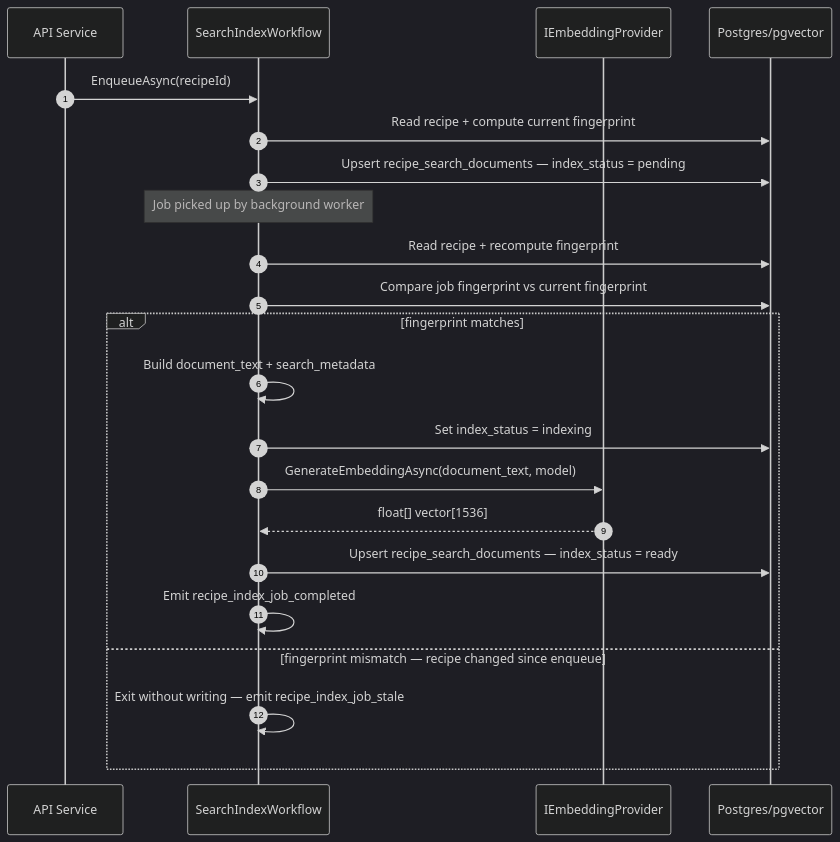
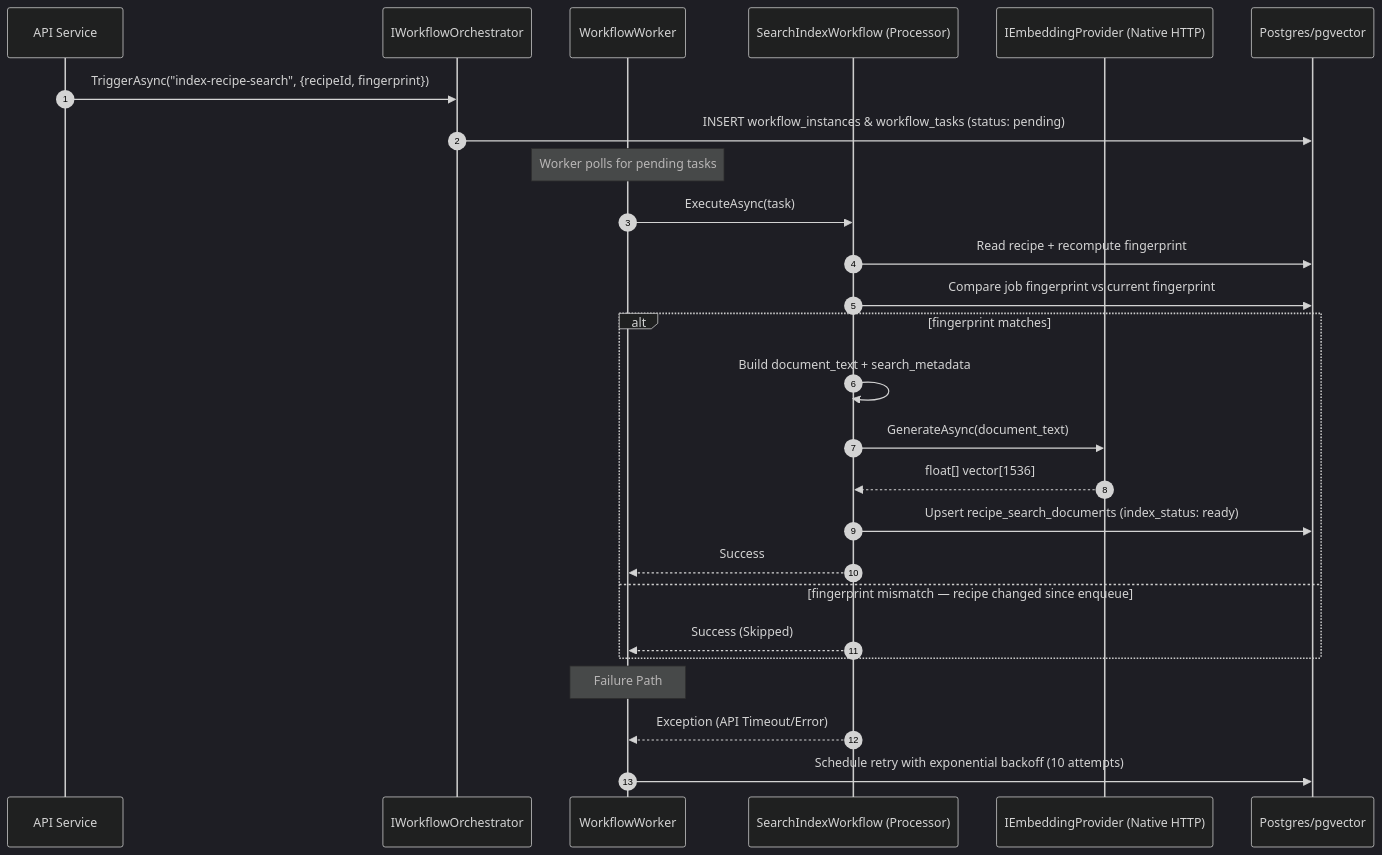
The third of 8 diagrams in docs/flows/data-flows/recipe-search-index-and-recovery.md (AlexandreBrisebois/whats-for-supper), drawn with Mermaid (dark theme) before and after one commit. The commit also changed other lines of this file and 16 other files, not shown here.

````diff
--- a/docs/flows/data-flows/recipe-search-index-and-recovery.md
+++ b/docs/flows/data-flows/recipe-search-index-and-recovery.md
@@ -196,26 +198,31 @@
 ```mermaid
 sequenceDiagram
     autonumber
     participant App as API Service
-    participant WF as SearchIndexWorkflow
-    participant Embed as IEmbeddingProvider
+    participant Orch as IWorkflowOrchestrator
+    participant Worker as WorkflowWorker
+    participant WF as SearchIndexWorkflow (Processor)
+    participant Embed as IEmbeddingProvider (Native HTTP)
     participant DB as Postgres/pgvector
 
-    App->>WF: EnqueueAsync(recipeId)
-    WF->>DB: Read recipe + compute current fingerprint
-    WF->>DB: Upsert recipe_search_documents — index_status = pending
-    Note over WF: Job picked up by background worker
-
+    App->>Orch: TriggerAsync("index-recipe-search", {recipeId, fingerprint})
+    Orch->>DB: INSERT workflow_instances & workflow_tasks (status: pending)
+    Note over Worker: Worker polls for pending tasks
+    
+    Worker->>WF: ExecuteAsync(task)
     WF->>DB: Read recipe + recompute fingerprint
     WF->>DB: Compare job fingerprint vs current fingerprint
     alt fingerprint matches
         WF->>WF: Build document_text + search_metadata
-        WF->>DB: Set index_status = indexing
-        WF->>Embed: GenerateEmbeddingAsync(document_text, model)
+        WF->>Embed: GenerateAsync(document_text)
         Embed-->>WF: float[] vector[1536]
-        WF->>DB: Upsert recipe_search_documents — index_status = ready
-        WF->>WF: Emit recipe_index_job_completed
+        WF->>DB: Upsert recipe_search_documents (index_status: ready)
+        WF-->>Worker: Success
     else fingerprint mismatch — recipe changed since enqueue
-        WF->>WF: Exit without writing — emit recipe_index_job_stale
+        WF-->>Worker: Success (Skipped)
     end
+
+    Note over Worker: Failure Path
+    WF-->>Worker: Exception (API Timeout/Error)
+    Worker->>DB: Schedule retry with exponential backoff (10 attempts)
 ```
````
